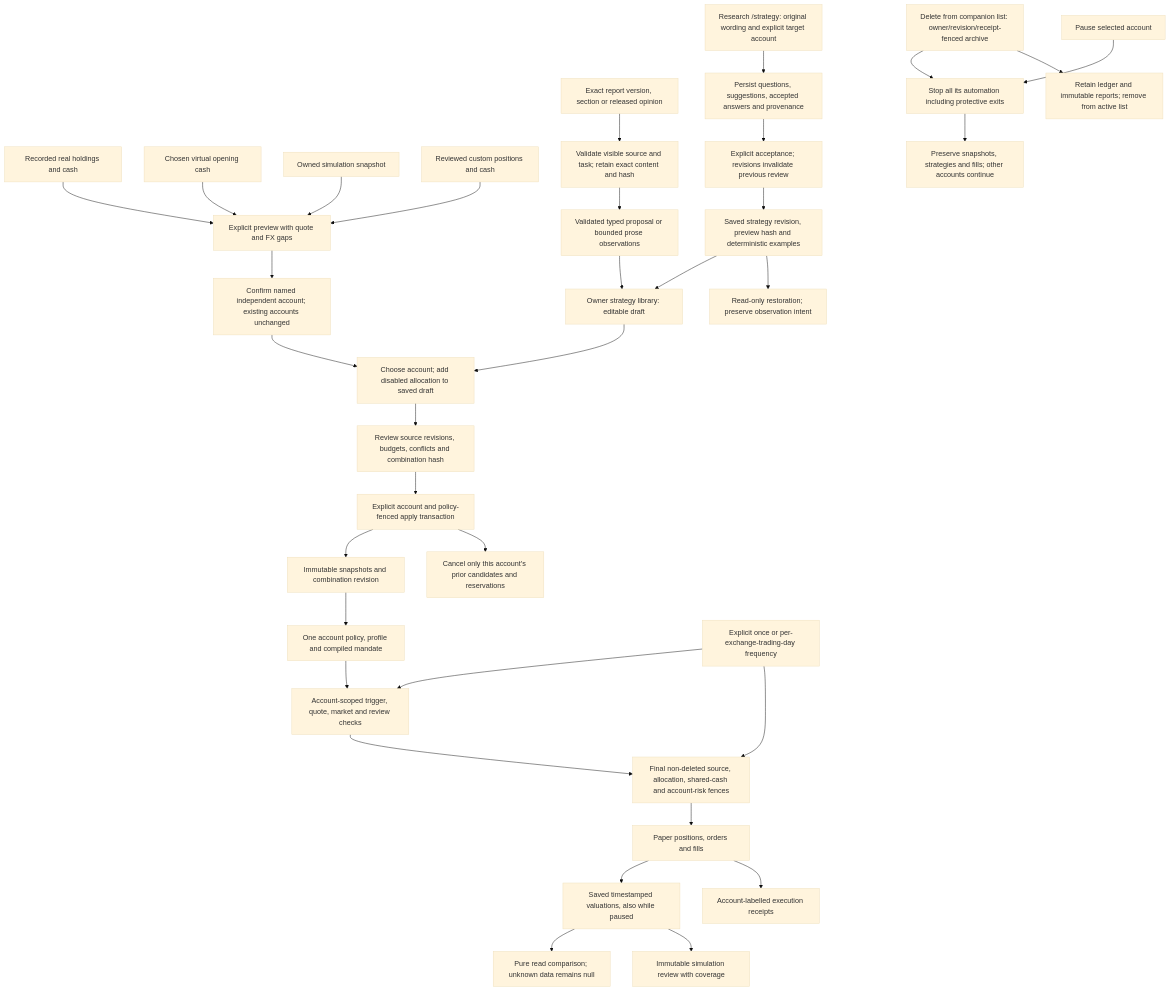
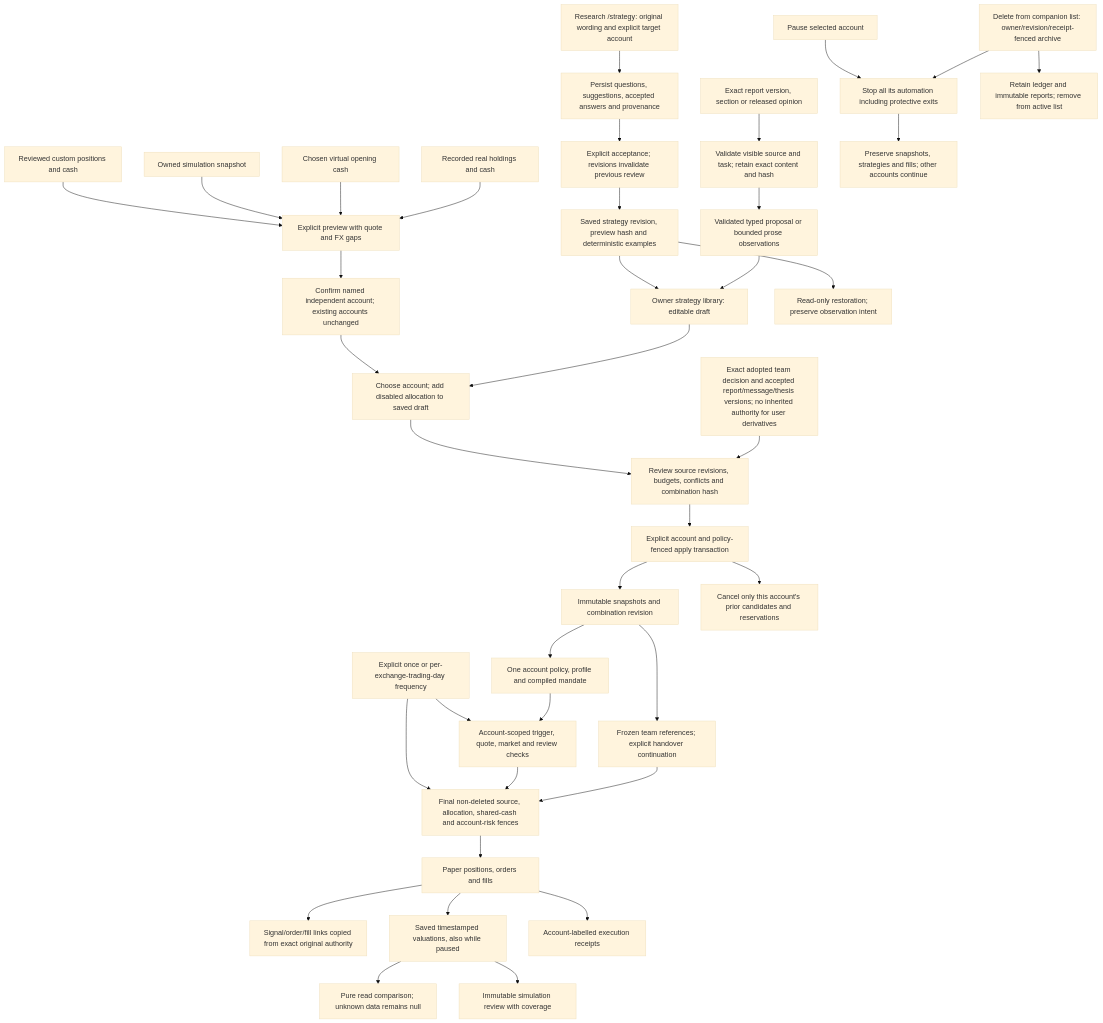
The third of 5 diagrams in docs/architecture.md (Lueyu/squabble), drawn with Mermaid (base theme) before and after one commit. The commit also changed other lines of this file and 191 other files, not shown here.

````diff
--- a/docs/architecture.md
+++ b/docs/architecture.md
@@ -257,36 +267,40 @@
 ```mermaid
 flowchart TD
+    teamDecision["Exact adopted team decision and accepted report/message/thesis versions; no inherited authority for user derivatives"] --> preview
+    authority --> teamPolicy["Frozen team references; explicit handover continuation"]
+    teamPolicy --> order
+    ledger --> teamTrace["Signal/order/fill links copied from exact original authority"]
     real["Recorded real holdings and cash"] --> seed["Explicit preview with quote and FX gaps"]
     virtual["Chosen virtual opening cash"] --> seed
     ownedPaper["Owned simulation snapshot"] --> seed
     custom["Reviewed custom positions and cash"] --> seed
     seed --> create["Confirm named independent account; existing accounts unchanged"]
     source["Exact report version, section or released opinion"] --> readable["Validate visible source and task; retain exact content and hash"]
     readable --> typed["Validated typed proposal or bounded prose observations"]
     typed --> draft["Owner strategy library: editable draft"]
     idea["Research /strategy: original wording and explicit target account"] --> questions["Persist questions, suggestions, accepted answers and provenance"]
     questions --> acceptAnswer["Explicit acceptance; revisions invalidate previous review"]
     acceptAnswer --> savedReview["Saved strategy revision, preview hash and deterministic examples"]
     savedReview --> draft
     savedReview --> restoreReview["Read-only restoration; preserve observation intent"]
     draft --> target["Choose account; add disabled allocation to saved draft"]
     create --> target
     target --> preview["Review source revisions, budgets, conflicts and combination hash"]
     preview --> apply["Explicit account and policy-fenced apply transaction"]
     apply --> authority["Immutable snapshots and combination revision"]
     apply --> cancel["Cancel only this account's prior candidates and reservations"]
     authority --> runtime["One account policy, profile and compiled mandate"]
     runtime --> schedule["Account-scoped trigger, quote, market and review checks"]
     schedule --> order["Final non-deleted source, allocation, shared-cash and account-risk fences"]
     frequency["Explicit once or per-exchange-trading-day frequency"] --> schedule
     frequency --> order
     order --> ledger["Paper positions, orders and fills"]
     archive["Delete from companion list: owner/revision/receipt-fenced archive"] --> stop
     archive --> retained["Retain ledger and immutable reports; remove from active list"]
     pause["Pause selected account"] --> stop["Stop all its automation including protective exits"]
     stop --> history["Preserve snapshots, strategies and fills; other accounts continue"]
     ledger --> valuation["Saved timestamped valuations, also while paused"]
     valuation --> comparison["Pure read comparison; unknown data remains null"]
     valuation --> review["Immutable simulation review with coverage"]
     ledger --> channel["Account-labelled execution receipts"]
 ```
````
